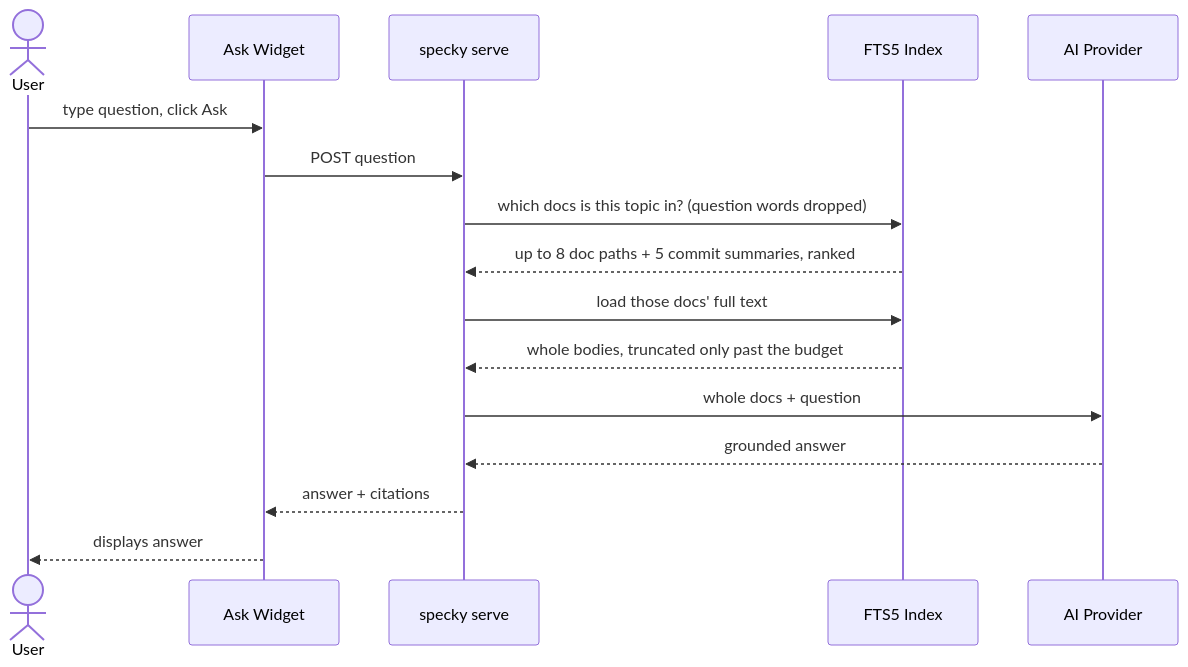
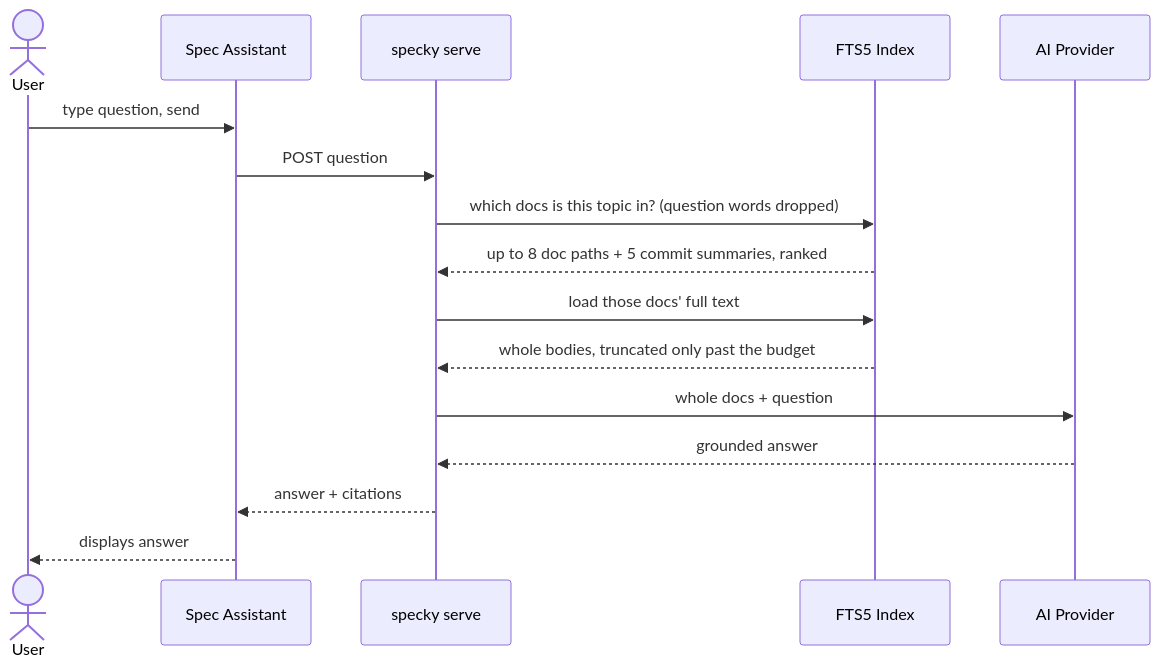
Before and after one commit to danyyacoub/specky: the diagram in specs/chat/local-rag-server.md, drawn with Mermaid. The commit also changed other lines of this file and 26 other files, not shown here.

First line of the commit message:
feat(chat): turn the Ask panel into the Spec Assistant

````diff
--- a/specs/chat/local-rag-server.md
+++ b/specs/chat/local-rag-server.md
@@ -24,19 +24,19 @@
 ```mermaid
 sequenceDiagram
     actor User
-    participant Widget as Ask Widget
+    participant Widget as Spec Assistant
     participant Server as specky serve
     participant Index as FTS5 Index
     participant Provider as AI Provider
 
-    User->>Widget: type question, click Ask
+    User->>Widget: type question, send
     Widget->>Server: POST question
     Server->>Index: which docs is this topic in? (question words dropped)
     Index-->>Server: up to 8 doc paths + 5 commit summaries, ranked
     Server->>Index: load those docs' full text
     Index-->>Server: whole bodies, truncated only past the budget
     Server->>Provider: whole docs + question
     Provider-->>Server: grounded answer
     Server-->>Widget: answer + citations
     Widget-->>User: displays answer
 ```
````
